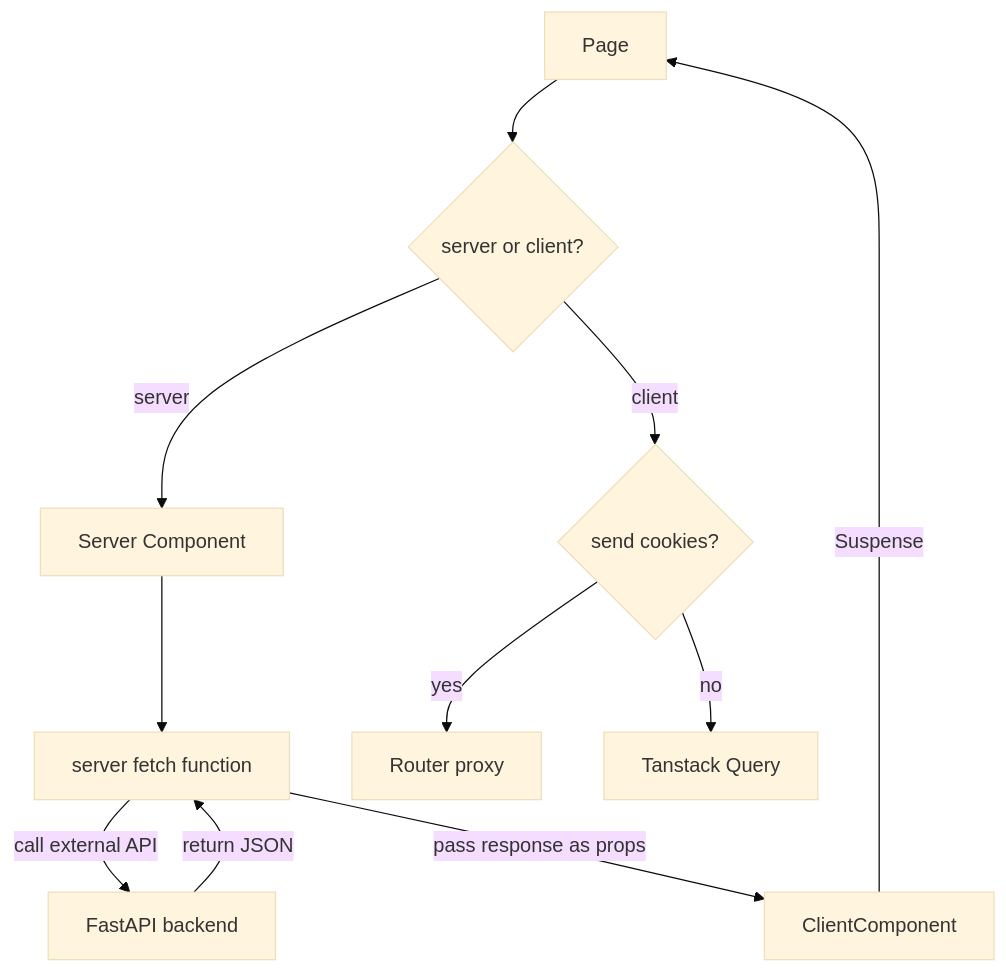
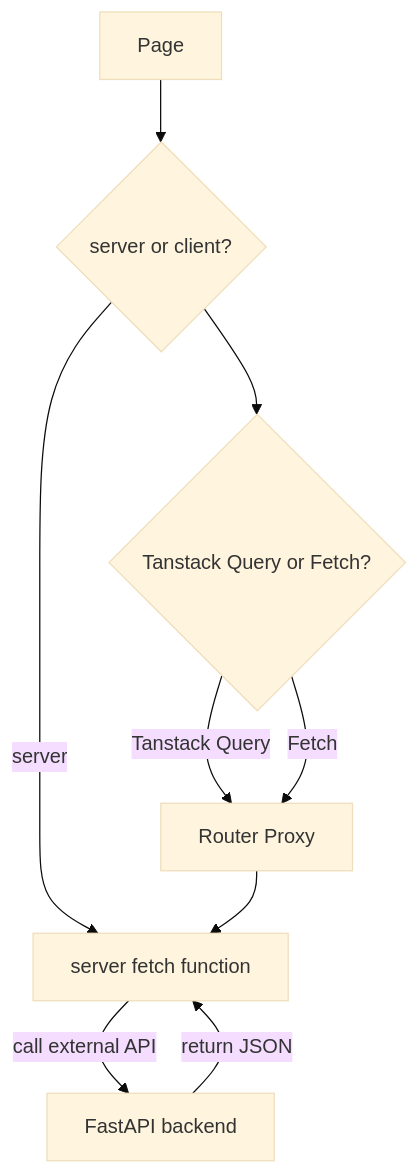
The first of 2 diagrams in README.md (utikpuhlik/fe-warehouse), drawn with Mermaid (base theme) before and after one commit. The commit also changed 17 other files, not shown here.

````diff
--- a/README.md
+++ b/README.md
@@ -41,13 +41,11 @@
 ```mermaid
 graph TD
-    page[Page] --> B{server or client?}
-    B -->|server| C[Server Component]
-    C --> D[server fetch function]
-    D -->|call external API| python[FastAPI backend]
-    python -->|return JSON| D
-    D --> |pass response as props| ClientComponent
-    ClientComponent -->|Suspense| page
-    B -->|client| auth{send cookies?}
-    auth -->|yes| E[Router proxy]
-    auth -->|no| F[Tanstack Query]
+    page[Page] --> ServerOrClient{server or client?}
+    ServerOrClient -->|server| ServerFetch[server fetch function]
+    ServerOrClient --> ClientFetchStrategy{Tanstack Query or Fetch?}
+    ClientFetchStrategy -->|Tanstack Query| RouterProxy[Router Proxy]
+    ClientFetchStrategy -->|Fetch| RouterProxy[Router Proxy]
+    RouterProxy --> ServerFetch
+    ServerFetch -->|call external API| python[FastAPI backend]
+    python -->|return JSON| ServerFetch
 ```
````
